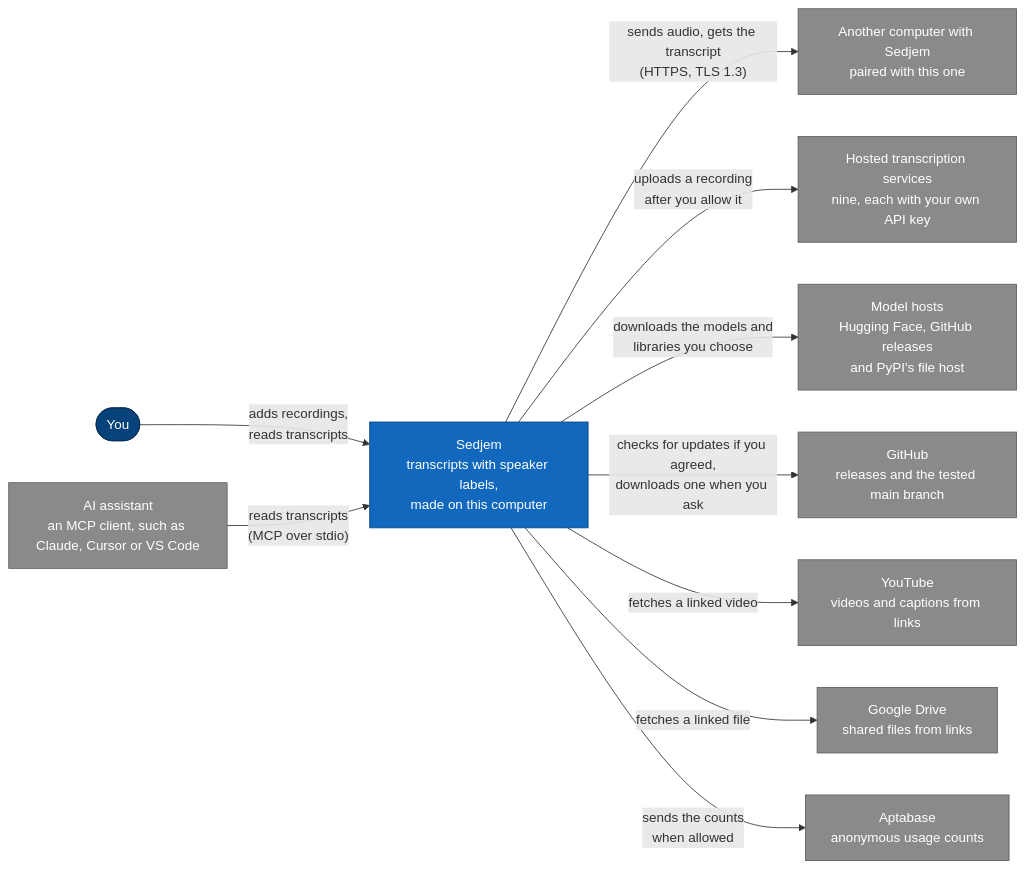
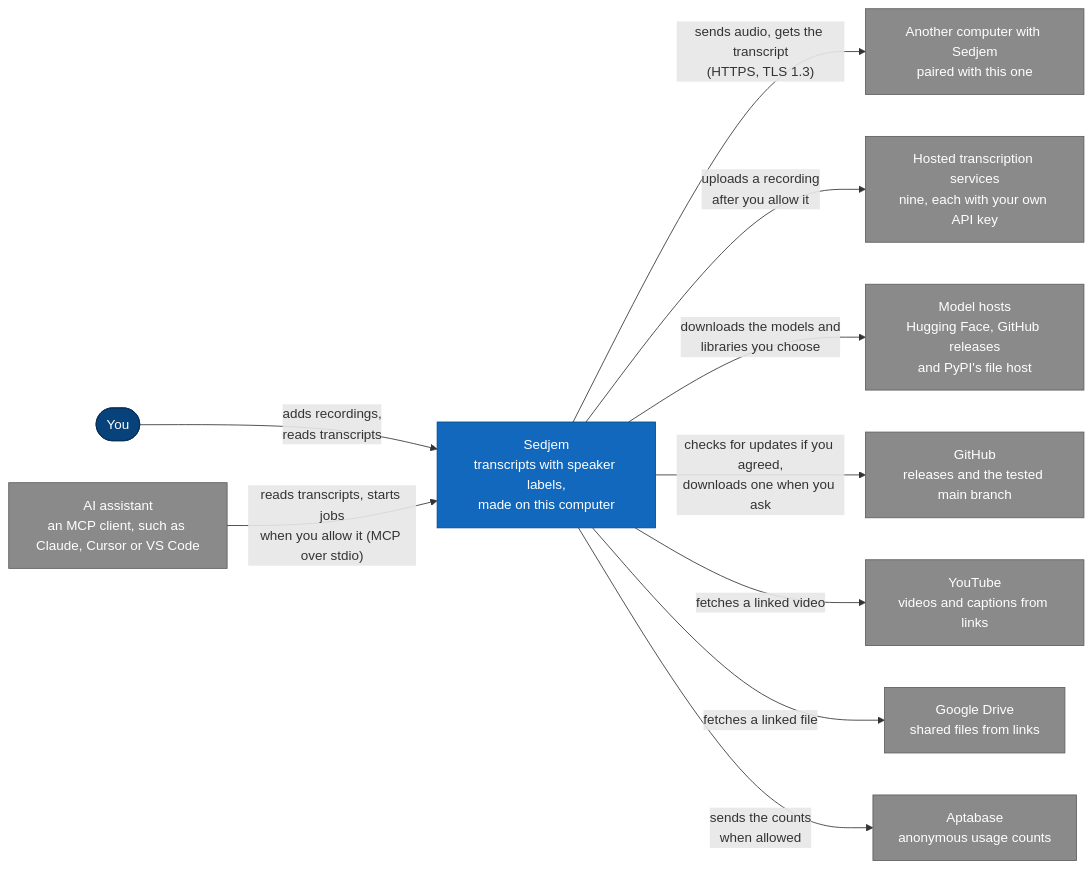
One commit to MohammedEl-sayedAhmed/sedjem changed the first of 3 diagrams in docs/16-architecture.md. Above: the diagram before and after it, drawn with Mermaid. The commit also changed other lines of this file and 23 other files, not shown here.

````diff
--- a/docs/16-architecture.md
+++ b/docs/16-architecture.md
@@ -13,30 +14,30 @@
 ```mermaid
 flowchart LR
   you(["You"])
   assistant["AI assistant<br/>an MCP client, such as Claude, Cursor or VS Code"]
   sedjem["Sedjem<br/>transcripts with speaker labels,<br/>made on this computer"]
   other["Another computer with Sedjem<br/>paired with this one"]
   hosted["Hosted transcription services<br/>nine, each with your own API key"]
   models["Model hosts<br/>Hugging Face, GitHub releases<br/>and PyPI's file host"]
   github["GitHub<br/>releases and the tested main branch"]
   youtube["YouTube<br/>videos and captions from links"]
   gdrive["Google Drive<br/>shared files from links"]
   aptabase["Aptabase<br/>anonymous usage counts"]
 
   you -->|"adds recordings,<br/>reads transcripts"| sedjem
-  assistant -->|"reads transcripts<br/>(MCP over stdio)"| sedjem
+  assistant -->|"reads transcripts, starts jobs<br/>when you allow it (MCP over stdio)"| sedjem
   sedjem -->|"sends audio, gets the transcript<br/>(HTTPS, TLS 1.3)"| other
   sedjem -->|"uploads a recording<br/>after you allow it"| hosted
   sedjem -->|"downloads the models and<br/>libraries you choose"| models
   sedjem -->|"checks for updates if you agreed,<br/>downloads one when you ask"| github
   sedjem -->|"fetches a linked video"| youtube
   sedjem -->|"fetches a linked file"| gdrive
   sedjem -->|"sends the counts<br/>when allowed"| aptabase
 
   classDef person fill:#08427b,stroke:#052e56,color:#fff
   classDef system fill:#1168bd,stroke:#0b4884,color:#fff
   classDef external fill:#8a8a8a,stroke:#5e5e5e,color:#fff
   class you person
   class sedjem system
   class assistant,other,hosted,models,github,youtube,gdrive,aptabase external
 ```
````
